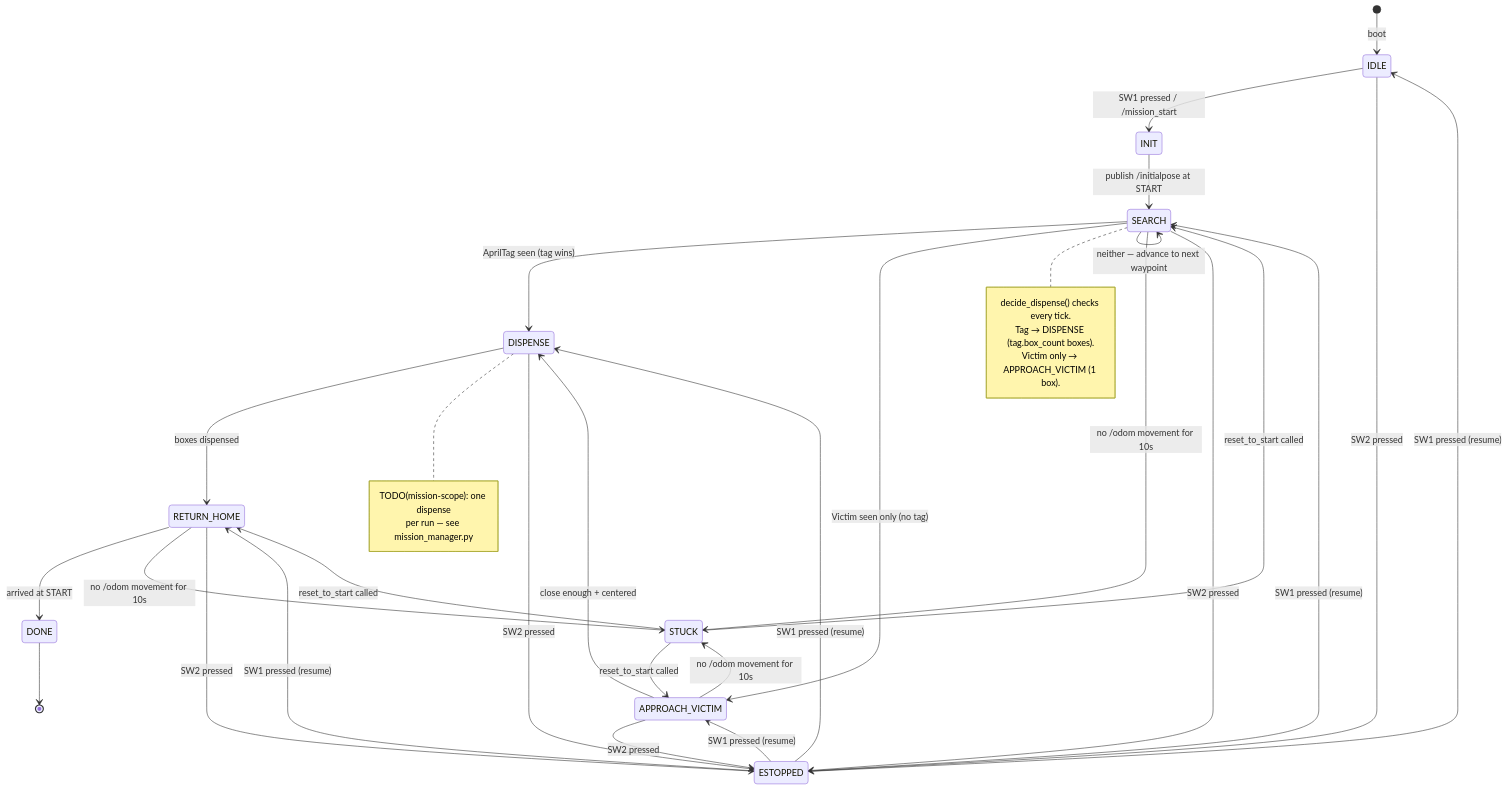
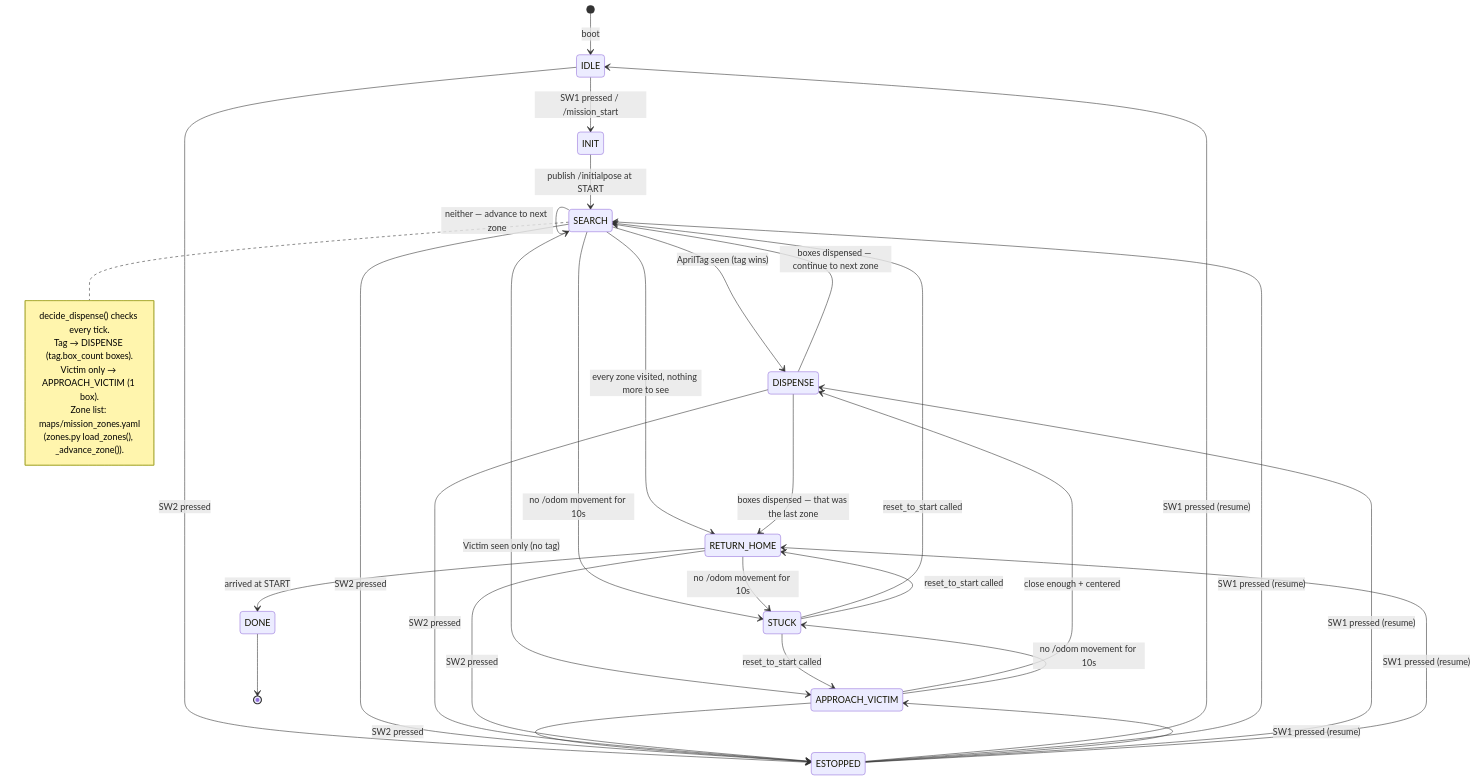
One commit to robotkub/turtlebot3 changed the diagram in docs/en/07-run-mission.md. Above: the diagram before and after it, drawn with Mermaid. The commit also changed other lines of this file and 10 other files, not shown here.

````diff
--- a/docs/en/07-run-mission.md
+++ b/docs/en/07-run-mission.md
@@ -21,49 +21,48 @@
 ```mermaid
 stateDiagram-v2
     [*] --> IDLE : boot
 
     IDLE --> INIT : SW1 pressed / /mission_start
 
     INIT --> SEARCH : publish /initialpose at START
 
     SEARCH --> DISPENSE : AprilTag seen (tag wins)
     SEARCH --> APPROACH_VICTIM : Victim seen only (no tag)
-    SEARCH --> SEARCH : neither — advance to next waypoint
+    SEARCH --> SEARCH : neither — advance to next zone
+    SEARCH --> RETURN_HOME : every zone visited, nothing more to see
 
     APPROACH_VICTIM --> DISPENSE : close enough + centered
 
-    DISPENSE --> RETURN_HOME : boxes dispensed
+    DISPENSE --> SEARCH : boxes dispensed — continue to next zone
+    DISPENSE --> RETURN_HOME : boxes dispensed — that was the last zone
 
     RETURN_HOME --> DONE : arrived at START
 
     DONE --> [*]
 
     note right of SEARCH
         decide_dispense() checks every tick.
         Tag → DISPENSE (tag.box_count boxes).
         Victim only → APPROACH_VICTIM (1 box).
-    end note
-
-    note right of DISPENSE
-        TODO(mission-scope): one dispense
-        per run — see mission_manager.py
+        Zone list: maps/mission_zones.yaml
+        (zones.py load_zones(), _advance_zone()).
     end note
 
     SEARCH --> STUCK : no /odom movement for 10s
     APPROACH_VICTIM --> STUCK : no /odom movement for 10s
     RETURN_HOME --> STUCK : no /odom movement for 10s
     STUCK --> SEARCH : reset_to_start called
     STUCK --> APPROACH_VICTIM : reset_to_start called
     STUCK --> RETURN_HOME : reset_to_start called
 
     IDLE --> ESTOPPED : SW2 pressed
     SEARCH --> ESTOPPED : SW2 pressed
     APPROACH_VICTIM --> ESTOPPED : SW2 pressed
     DISPENSE --> ESTOPPED : SW2 pressed
     RETURN_HOME --> ESTOPPED : SW2 pressed
     ESTOPPED --> IDLE : SW1 pressed (resume)
     ESTOPPED --> SEARCH : SW1 pressed (resume)
     ESTOPPED --> APPROACH_VICTIM : SW1 pressed (resume)
     ESTOPPED --> DISPENSE : SW1 pressed (resume)
     ESTOPPED --> RETURN_HOME : SW1 pressed (resume)
 ```
````
